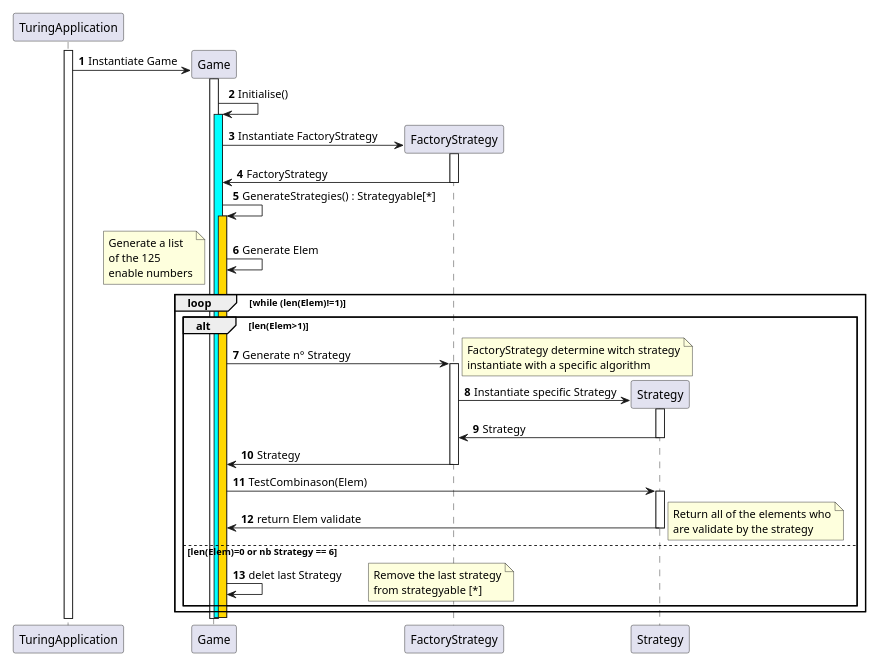
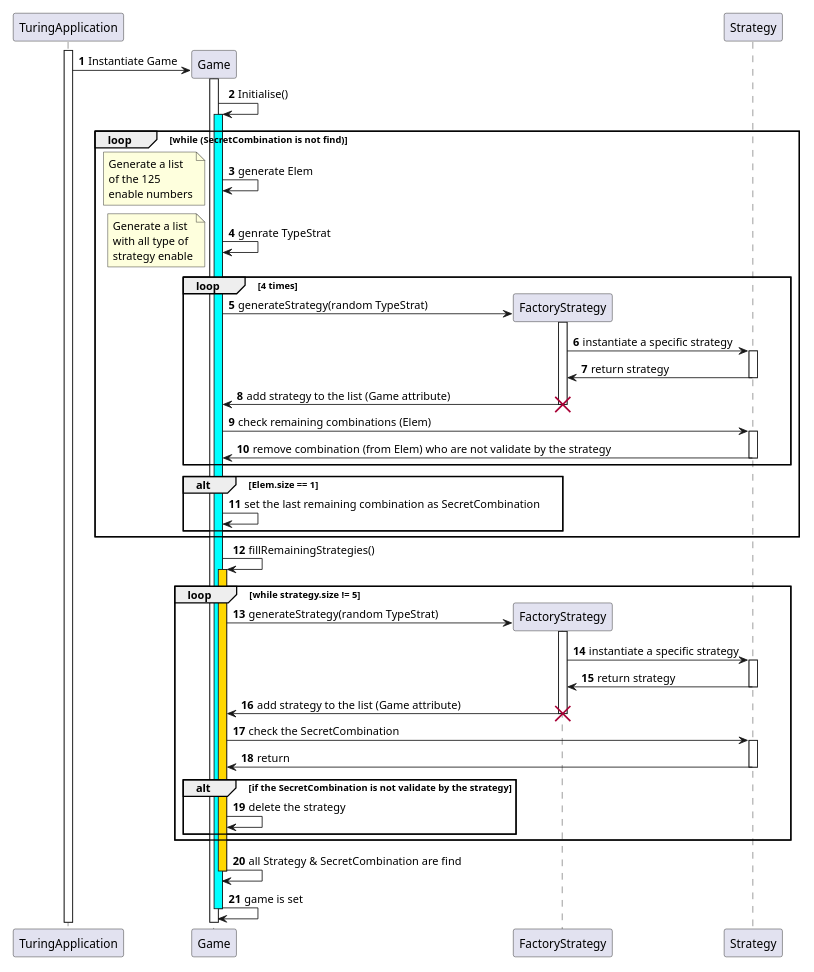
One commit to Earth-Wind-and-Fire/AP4B_Report changed the diagram in Writerside/topics/Initialisation-de-la-partie.md. Above: the diagram before and after it, drawn with PlantUML. The commit also changed 10 other files, not shown here.

````diff
--- a/Writerside/topics/Initialisation-de-la-partie.md
+++ b/Writerside/topics/Initialisation-de-la-partie.md
@@ -16,9 +16,7 @@
 ```plantuml
 @startuml
 'https://plantuml.com/sequence-diagram
-
 scale 0.625
-
 autonumber
 
 ' Paritipant
@@ -26,6 +24,7 @@
 participant "Game" as Game
 participant "FactoryStrategy" as Factory
 participant "Strategy" as Strategy
+
 
 'Create Game
 activate Main
@@ -37,69 +36,79 @@
 Game -> Game : Initialise()
 activate Game #aqua
 
-'Creat Factory
-create Factory
-Game->Factory : Instantiate FactoryStrategy
-activate Factory
-Factory->Game : FactoryStrategy
-deactivate Factory
+loop while (SecretCombination is not find)
 
-'Fct GenerateStrategies
-Game->Game : GenerateStrategies() : Strategyable[*]
-activate Game #gold
-Game->Game : Generate Elem
-note left
-    Generate a list
-    of the 125
-    enable numbers
-end note
+    Game -> Game : generate Elem
+    note left
+        Generate a list
+        of the 125
+        enable numbers
+    end note
 
-'Strategy generation section
-loop while (len(Elem)!=1)
-    alt len(Elem>1)
-        Game->Factory : Generate n° Strategy
+    Game -> Game : genrate TypeStrat
+    note left
+            Generate a list
+            with all type of
+            strategy enable
+    end note
+
+    loop 4 times
+        create Factory
+        Game -> Factory : generateStrategy(random TypeStrat)
         activate Factory
 
+        Factory -> Strategy : instantiate a specific strategy
+        activate Strategy
+        Strategy -> Factory : return strategy
+        deactivate Strategy
+        Factory -> Game : add strategy to the list (Game attribute)
+        destroy Factory
 
-        'create Strategy
-        create Strategy
+        Game -> Strategy : check remaining combinations (Elem)
+        activate Strategy
+        Strategy -> Game : remove combination (from Elem) who are not validate by the strategy
+        deactivate Strategy
+    end
 
-        note right
-            FactoryStrategy determine witch strategy
-            instantiate with a specific algorithm
-        end note
-
-        Factory->Strategy : Instantiate specific Strategy
-        activate Strategy
-        Strategy->Factory : Strategy
-        deactivate Strategy
-        Factory->Game : Strategy
-        deactivate Factory
-
-        'test combination
-        Game->Strategy : TestCombinason(Elem)
-        activate Strategy
-        Strategy->Game : return Elem validate
-        deactivate Strategy
-
-        note right
-            Return all of the elements who
-            are validate by the strategy
-        end note
-
-    else len(Elem)=0 or nb Strategy == 6
-        Game->Game : delet last Strategy
-
-        note right
-            Remove the last strategy
-            from strategyable [*]
-        end note
+    alt Elem.size == 1
+        Game -> Game : set the last remaining combination as SecretCombination
     end
 end
 
+Game -> Game : fillRemainingStrategies()
+activate Game #gold
+
+loop while strategy.size != 5
+    create Factory
+    Game -> Factory : generateStrategy(random TypeStrat)
+    activate Factory
+
+    Factory -> Strategy : instantiate a specific strategy
+    activate Strategy
+    Strategy -> Factory : return strategy
+    deactivate Strategy
+    Factory -> Game : add strategy to the list (Game attribute)
+    destroy Factory
+
+
+    Game -> Strategy : check the SecretCombination
+    activate Strategy
+    Strategy -> Game : return
+    deactivate Strategy
+
+    alt if the SecretCombination is not validate by the strategy
+        Game -> Game : delete the strategy
+    end
+end
+
+Game -> Game : all Strategy & SecretCombination are find
 deactivate Game
 
+Game -> Game : game is set
 deactivate Game
+
+
+
 
 @enduml
 ```
````
